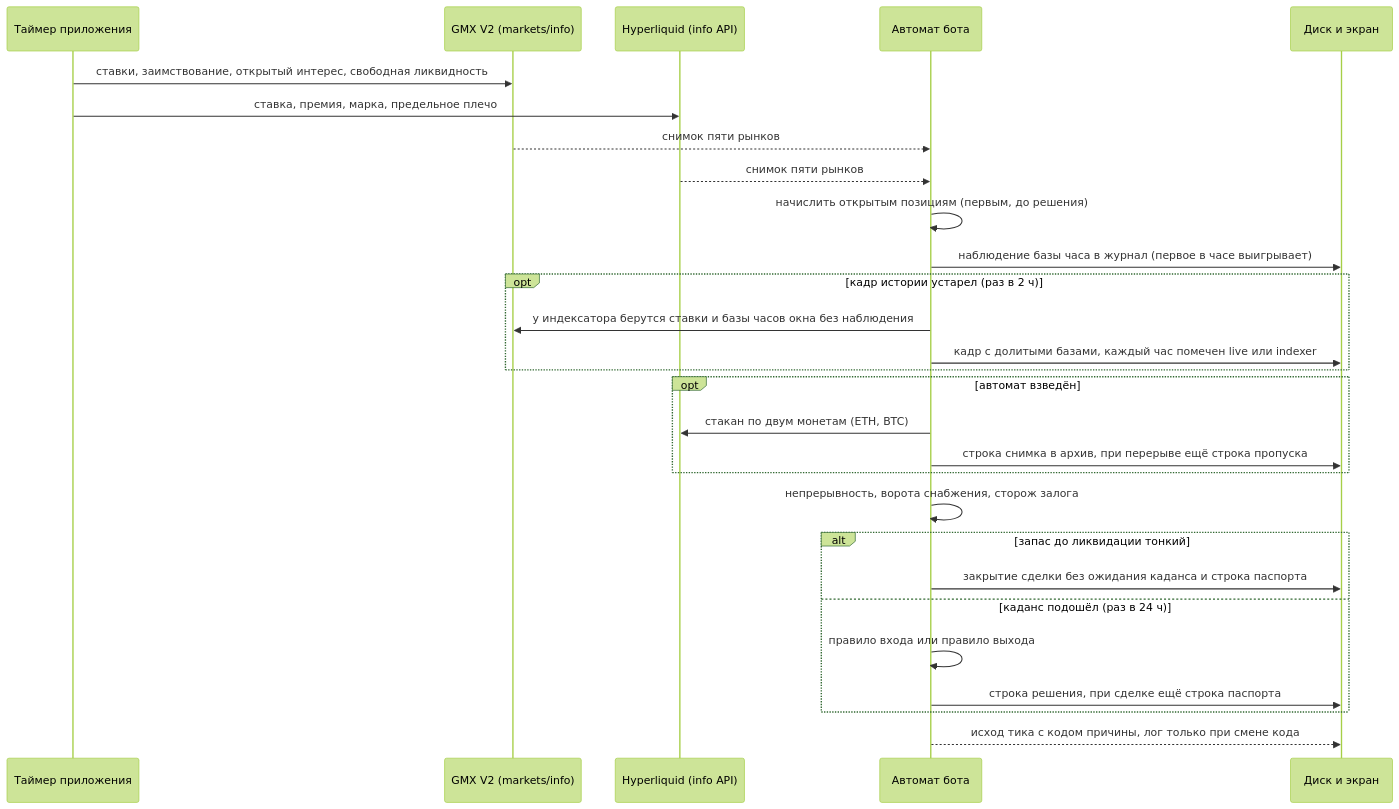
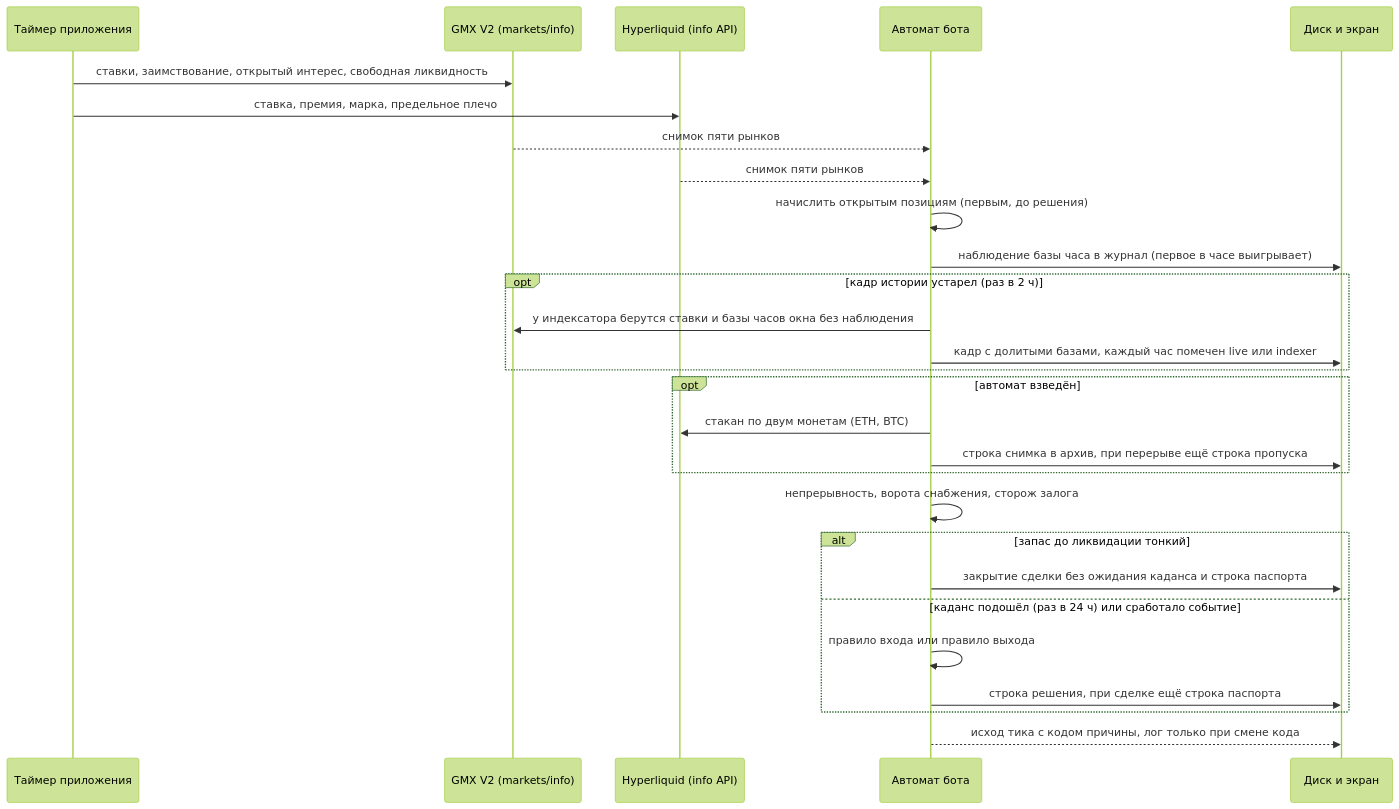
The second of 6 diagrams in botLab-desktop/docs/bot1-funding-arb-how-it-works.ru.md (hamiltonalex/botLab), drawn with Mermaid (forest theme) before and after one commit. The commit also changed other lines of this file and 20 other files, not shown here.

````diff
--- a/botLab-desktop/docs/bot1-funding-arb-how-it-works.ru.md
+++ b/botLab-desktop/docs/bot1-funding-arb-how-it-works.ru.md
@@ -103,30 +104,30 @@
 ```mermaid
 sequenceDiagram
     participant T as Таймер приложения
     participant G as GMX V2 (markets/info)
     participant H as Hyperliquid (info API)
     participant E as Автомат бота
     participant D as Диск и экран
     T->>G: ставки, заимствование, открытый интерес, свободная ликвидность
     T->>H: ставка, премия, марка, предельное плечо
     G-->>E: снимок пяти рынков
     H-->>E: снимок пяти рынков
     E->>E: начислить открытым позициям (первым, до решения)
     E->>D: наблюдение базы часа в журнал (первое в часе выигрывает)
     opt кадр истории устарел (раз в 2 ч)
         E->>G: у индексатора берутся ставки и базы часов окна без наблюдения
         E->>D: кадр с долитыми базами, каждый час помечен live или indexer
     end
     opt автомат взведён
         E->>H: стакан по двум монетам (ETH, BTC)
         E->>D: строка снимка в архив, при перерыве ещё строка пропуска
     end
     E->>E: непрерывность, ворота снабжения, сторож залога
     alt запас до ликвидации тонкий
         E->>D: закрытие сделки без ожидания каданса и строка паспорта
-    else каданс подошёл (раз в 24 ч)
+    else каданс подошёл (раз в 24 ч) или сработало событие
         E->>E: правило входа или правило выхода
         E->>D: строка решения, при сделке ещё строка паспорта
     end
     E-->>D: исход тика с кодом причины, лог только при смене кода
 ```
````
